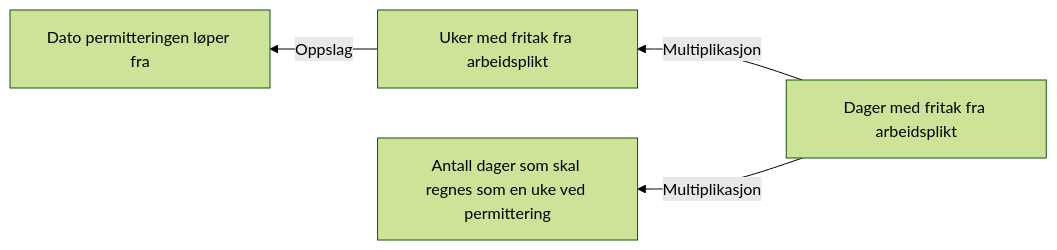
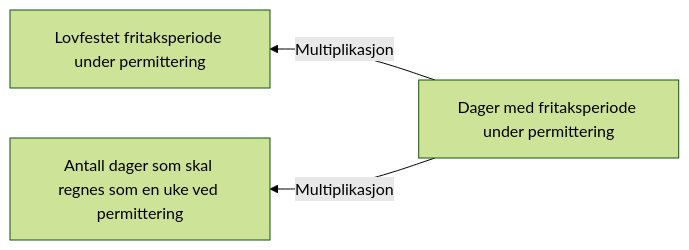
Before and after one commit to navikt/dp-behandling: the diagram in docs/regler/§ 4-7 Permittering (fastsetting).approved.md, drawn with Mermaid (forest theme). The commit also changed 4 other files, not shown here.

First line of the commit message:
Bytt fra redigering av lønnspliktsperiode i uker til dager (#603)

````diff
--- a/docs/regler/§ 4-7 Permittering (fastsetting).approved.md
+++ b/docs/regler/§ 4-7 Permittering (fastsetting).approved.md
@@ -5,6 +5,5 @@
 ```mermaid
 graph RL
-  A["Uker med fritak fra arbeidsplikt"] -->|"Oppslag"| B["Dato permitteringen løper fra"]
-  C["Dager med fritak fra arbeidsplikt"] -->|"Multiplikasjon"| A["Uker med fritak fra arbeidsplikt"]
-  C["Dager med fritak fra arbeidsplikt"] -->|"Multiplikasjon"| D["Antall dager som skal regnes som en uke ved permittering"]
+  A["Dager med fritaksperiode under permittering"] -->|"Multiplikasjon"| B["Lovfestet fritaksperiode under permittering"]
+  A["Dager med fritaksperiode under permittering"] -->|"Multiplikasjon"| C["Antall dager som skal regnes som en uke ved permittering"]
 ```
````
